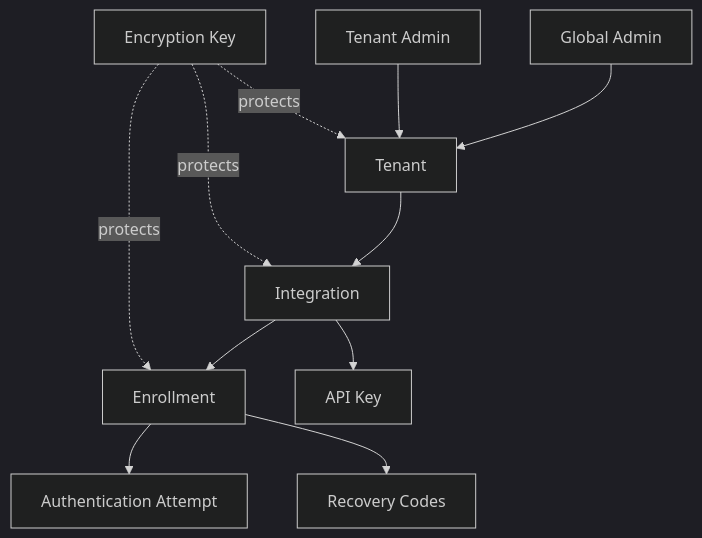
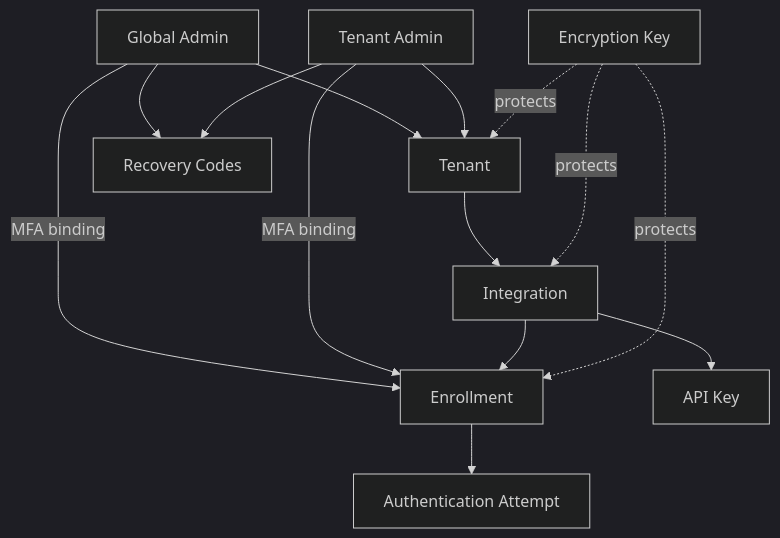
Before and after one commit to mgagp/ezkey: the first of 2 diagrams in plans/entity_lifecycle_governance_transverse_v1.plan.md, drawn with Mermaid (dark theme). The commit also changed other lines of this file, not shown here.

Commit message:
fix: correct diagram linking Recovery Codes to Enrollment in Entity Lifecycle Governance plan

````diff
--- a/plans/entity_lifecycle_governance_transverse_v1.plan.md
+++ b/plans/entity_lifecycle_governance_transverse_v1.plan.md
@@ -117,23 +117,26 @@
 ```mermaid
 flowchart TD
   GA[Global Admin]
   TA[Tenant Admin]
   T[Tenant]
   I[Integration]
   E[Enrollment]
   AA[Authentication Attempt]
   AK[API Key]
   EK[Encryption Key]
   RC[Recovery Codes]
 
   GA --> T
   TA --> T
+  GA -- "MFA binding" --> E
+  TA -- "MFA binding" --> E
+  GA --> RC
+  TA --> RC
   T --> I
   I --> E
   I --> AK
   E --> AA
-  E --> RC
   EK -. protects .-> T
   EK -. protects .-> I
   EK -. protects .-> E
 ```
````
